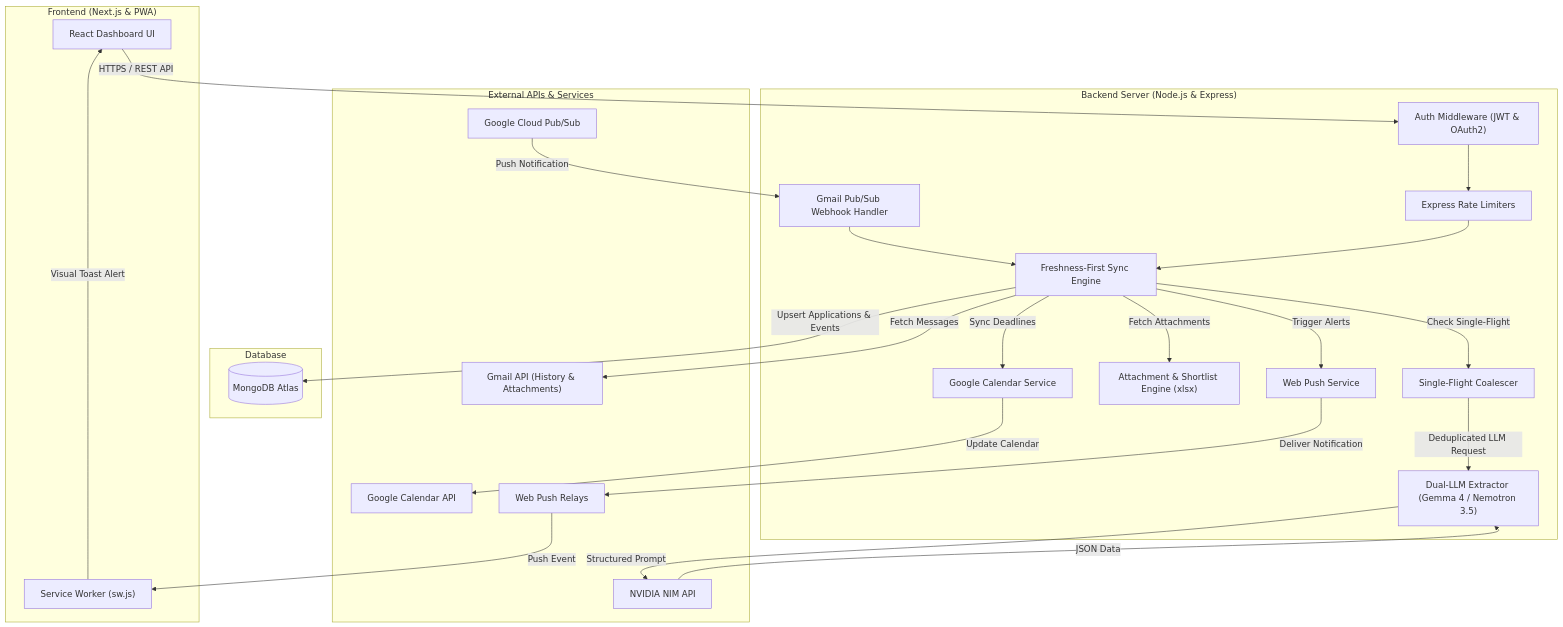
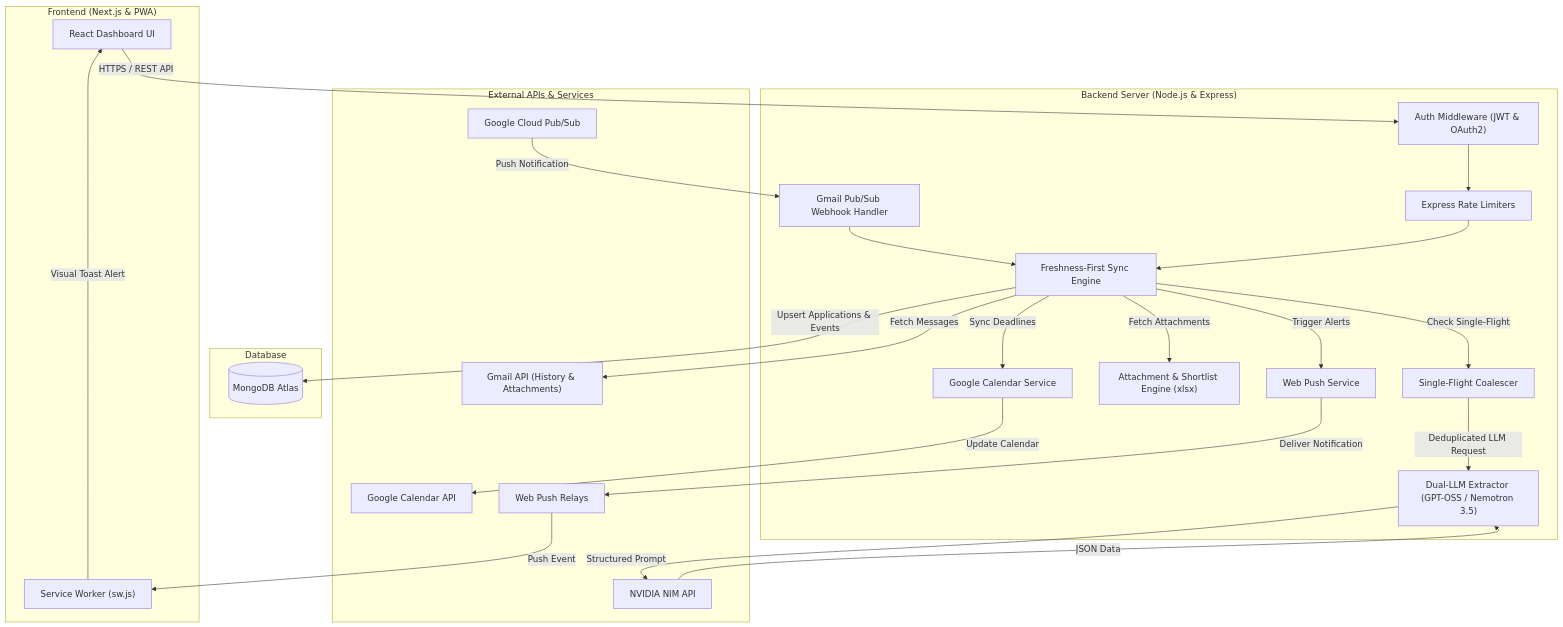
Before and after one commit to tejasholla23/email-tracker: the diagram in README.md, drawn with Mermaid. The commit also changed other lines of this file and 5 other files, not shown here.

Commit message:
Switch primary LLM to openai/gpt-oss-20b, add dual-key authorization, and set temperature to 0.2

````diff
--- a/README.md
+++ b/README.md
@@ -81,50 +81,50 @@
 ```mermaid
 flowchart TD
     subgraph Client["Frontend (Next.js & PWA)"]
         UI["React Dashboard UI"]
         SW["Service Worker (sw.js)"]
     end
 
     subgraph Server["Backend Server (Node.js & Express)"]
         AUTH["Auth Middleware (JWT & OAuth2)"]
         LIMIT["Express Rate Limiters"]
         PUBSUB["Gmail Pub/Sub Webhook Handler"]
         SYNC["Freshness-First Sync Engine"]
         SINGLEFLIGHT["Single-Flight Coalescer"]
-        PARSER["Dual-LLM Extractor (Gemma 4 / Nemotron 3.5)"]
+        PARSER["Dual-LLM Extractor (GPT-OSS / Nemotron 3.5)"]
         EXCEL["Attachment & Shortlist Engine (xlsx)"]
         CAL_SERVICE["Google Calendar Service"]
         PUSH_SERVICE["Web Push Service"]
     end
 
     subgraph DB["Database"]
         MONGO[("MongoDB Atlas")]
     end
 
     subgraph External["External APIs & Services"]
         GMAIL["Gmail API (History & Attachments)"]
         GCAL["Google Calendar API"]
         NVIDIA["NVIDIA NIM API"]
         WEBPUSH["Web Push Relays"]
         GCP_PUBSUB["Google Cloud Pub/Sub"]
     end
 
     GCP_PUBSUB -->|Push Notification| PUBSUB
     PUBSUB --> SYNC
     UI -->|HTTPS / REST API| AUTH
     AUTH --> LIMIT
     LIMIT --> SYNC
     SYNC -->|Fetch Messages| GMAIL
     SYNC -->|Check Single-Flight| SINGLEFLIGHT
     SINGLEFLIGHT -->|Deduplicated LLM Request| PARSER
     PARSER -->|Structured Prompt| NVIDIA
     NVIDIA -->|JSON Data| PARSER
     SYNC -->|Fetch Attachments| EXCEL
     SYNC -->|Upsert Applications & Events| MONGO
     SYNC -->|Sync Deadlines| CAL_SERVICE
     CAL_SERVICE -->|Update Calendar| GCAL
     SYNC -->|Trigger Alerts| PUSH_SERVICE
     PUSH_SERVICE -->|Deliver Notification| WEBPUSH
     WEBPUSH -->|Push Event| SW
     SW -->|Visual Toast Alert| UI
 ```
````
